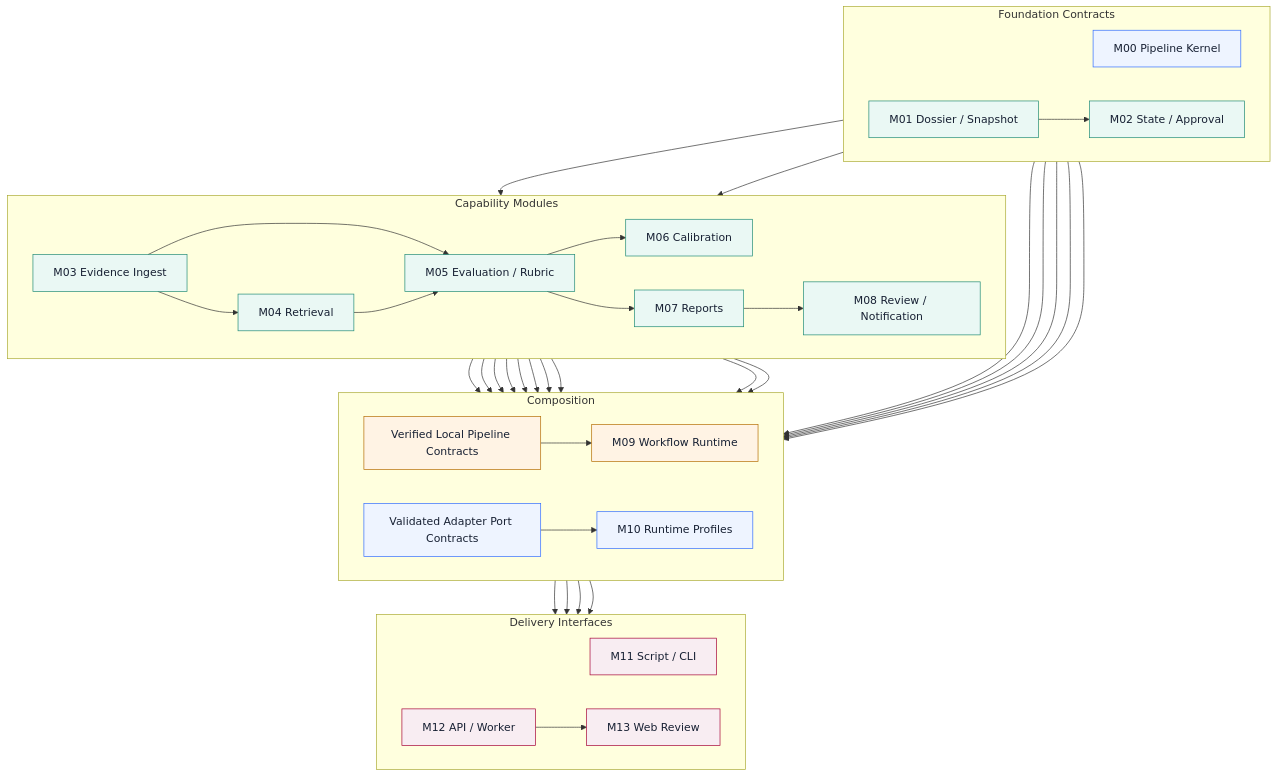
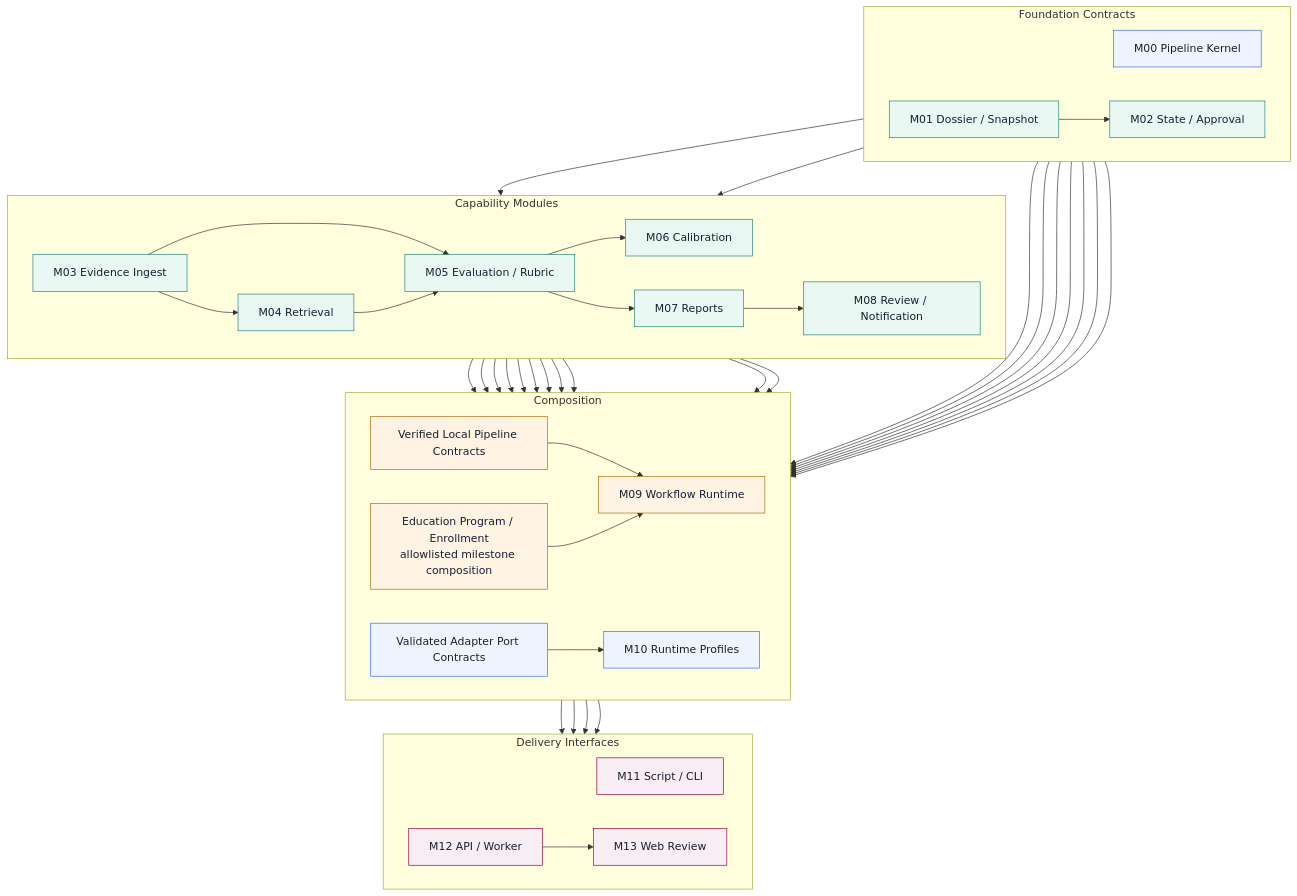
The eighth of 10 diagrams in docs/architecture/workflow-blueprint.md (Infant83/AXCalib), drawn with Mermaid before and after one commit. The commit also changed other lines of this file and 103 other files, not shown here.

````diff
--- a/docs/architecture/workflow-blueprint.md
+++ b/docs/architecture/workflow-blueprint.md
@@ -248,63 +322,67 @@
 ```mermaid
 flowchart TB
     subgraph F["Foundation Contracts"]
         direction LR
         M00["M00 Pipeline Kernel"]
         M01["M01 Dossier / Snapshot"] --> M02["M02 State / Approval"]
     end
 
     subgraph C["Capability Modules"]
         direction LR
         M03["M03 Evidence Ingest"] --> M04["M04 Retrieval"]
         M01 --> M05["M05 Evaluation / Rubric"]
         M03 --> M05
         M04 --> M05
         M05 --> M06["M06 Calibration"]
         M05 --> M07["M07 Reports"]
         M02 --> M08["M08 Review / Notification"]
         M07 --> M08
     end
 
     subgraph O["Composition"]
         direction LR
         PC["Verified Local Pipeline Contracts"] --> M09["M09 Workflow Runtime"]
+        EP["Education Program / Enrollment\nallowlisted milestone composition"] --> M09
         AP["Validated Adapter Port Contracts"] --> M10["M10 Runtime Profiles"]
     end
 
     subgraph I["Delivery Interfaces"]
         direction LR
         M11["M11 Script / CLI"]
         M12["M12 API / Worker"] --> M13["M13 Web Review"]
     end
 
     M00 --> PC
     M01 --> PC
     M02 --> PC
     M03 --> PC
     M04 --> PC
     M05 --> PC
     M06 --> PC
     M07 --> PC
     M08 --> PC
+    M01 --> EP
+    M02 --> EP
+    M08 --> EP
 
     M00 --> AP
     M01 --> AP
     M03 --> AP
     M04 --> AP
     M05 --> AP
     M08 --> AP
 
     M09 --> M11
     M10 --> M11
     M09 --> M12
     M10 --> M12
 
     classDef foundation fill:#EEF4FF,stroke:#2F6BFF,color:#172033;
     classDef domain fill:#EAF8F4,stroke:#1E8A75,color:#172033;
     classDef orchestration fill:#FFF3E4,stroke:#B36B00,color:#172033;
     classDef interface fill:#F8EDF2,stroke:#A50034,color:#172033;
     class M00,M10,AP foundation;
     class M01,M02,M03,M04,M05,M06,M07,M08 domain;
-    class M09,PC orchestration;
+    class M09,PC,EP orchestration;
     class M11,M12,M13 interface;
 ```
````
